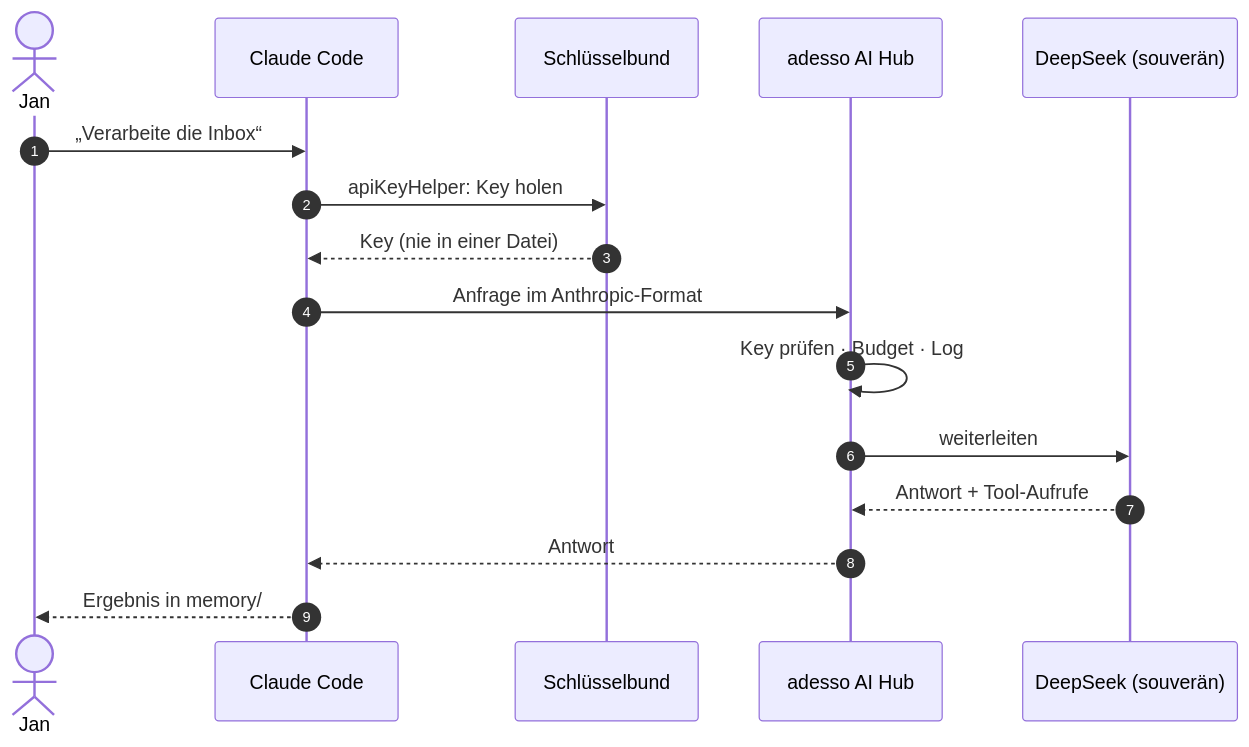
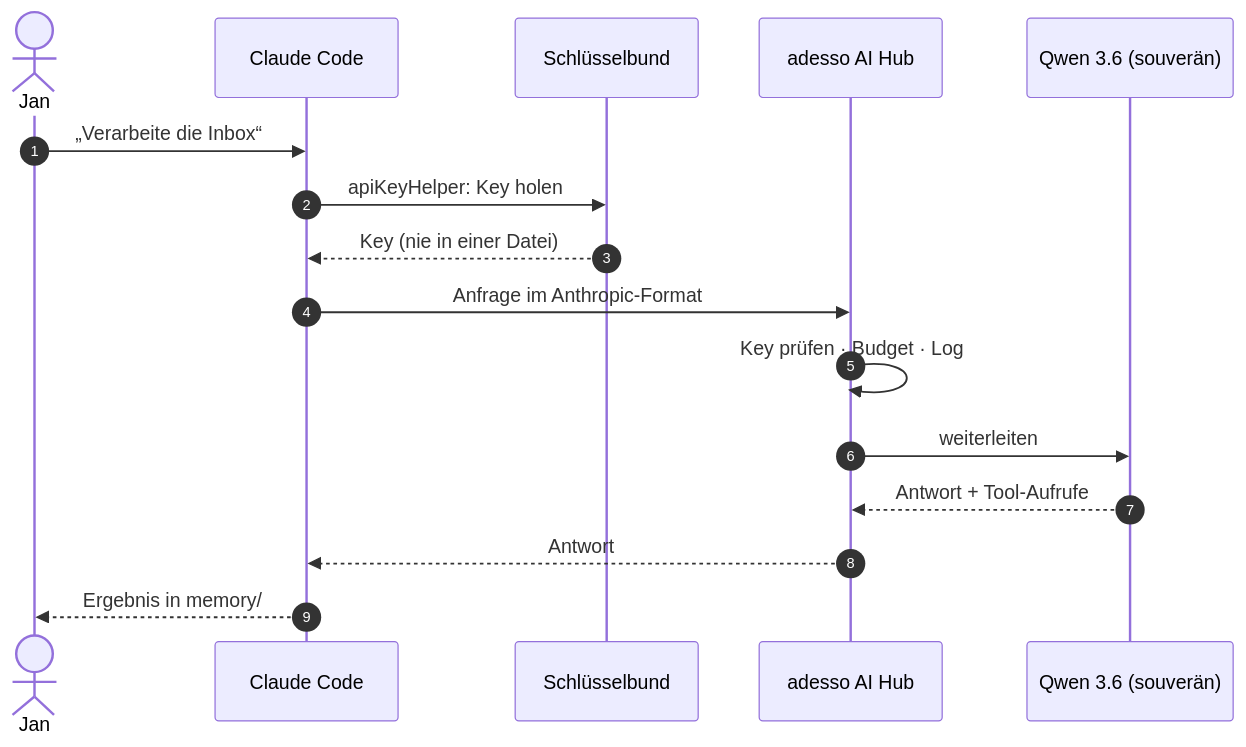
One commit to a-lottes/Agent-Template changed the sixth of 6 diagrams in docs/demo/01-ai-hub/VISUELL.md. Above: the diagram before and after it, drawn with Mermaid. The commit also changed other lines of this file and 8 other files, not shown here.

````diff
--- a/docs/demo/01-ai-hub/VISUELL.md
+++ b/docs/demo/01-ai-hub/VISUELL.md
@@ -119,19 +119,19 @@
 ```mermaid
 sequenceDiagram
     autonumber
     actor Jan
     participant CC as Claude Code
     participant KC as Schlüsselbund
     participant HUB as adesso AI Hub
-    participant M as DeepSeek (souverän)
+    participant M as Qwen 3.6 (souverän)
 
     Jan->>CC: „Verarbeite die Inbox“
     CC->>KC: apiKeyHelper: Key holen
     KC-->>CC: Key (nie in einer Datei)
     CC->>HUB: Anfrage im Anthropic-Format
     HUB->>HUB: Key prüfen · Budget · Log
     HUB->>M: weiterleiten
     M-->>HUB: Antwort + Tool-Aufrufe
     HUB-->>CC: Antwort
     CC-->>Jan: Ergebnis in memory/
 ```
````
